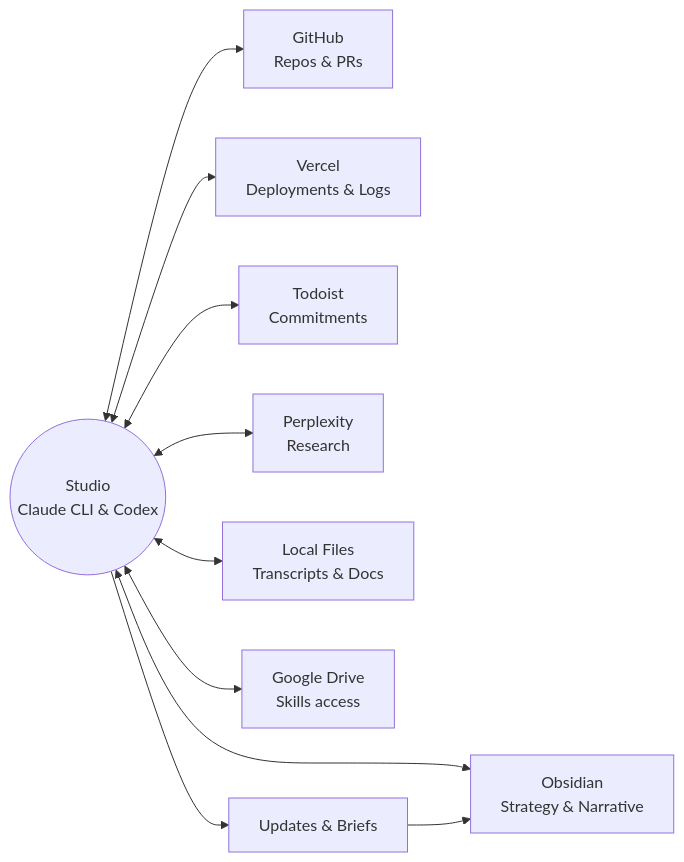
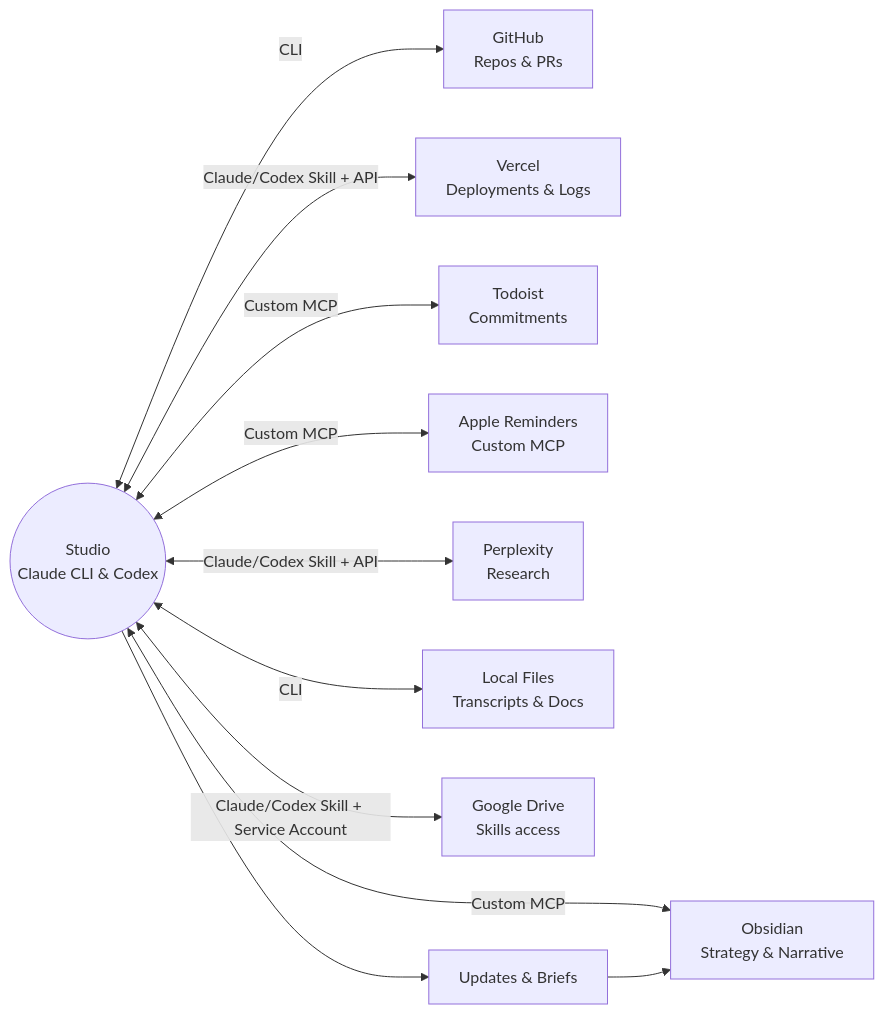
Before and after one commit to dbmcco/dbmcco.github.io: the diagram in _posts/2025-11-05-building-an-ai-studio.md, drawn with Mermaid. The commit also changed other lines of this file, not shown here.

Commit message:
Annotate studio diagram with connector types

```diff
--- a/_posts/2025-11-05-building-an-ai-studio.md
+++ b/_posts/2025-11-05-building-an-ai-studio.md
@@ -92,22 +92,24 @@
   <div class="mermaid">
 flowchart LR
     Studio((Studio<br/>Claude CLI &amp; Codex))
     Obsidian["Obsidian<br/>Strategy &amp; Narrative"]
     GitHub["GitHub<br/>Repos &amp; PRs"]
     Vercel["Vercel<br/>Deployments &amp; Logs"]
     Todoist["Todoist<br/>Commitments"]
+    Reminders["Apple Reminders<br/>Custom MCP"]
     Perplexity["Perplexity<br/>Research"]
     Local["Local Files<br/>Transcripts &amp; Docs"]
     Drive["Google Drive<br/>Skills access"]
     ReturnLoop["Updates &amp; Briefs"]
 
-    Studio <--> Obsidian
-    Studio <--> GitHub
-    Studio <--> Vercel
-    Studio <--> Todoist
-    Studio <--> Perplexity
-    Studio <--> Local
-    Studio <--> Drive
+    Studio <-->|Custom MCP| Obsidian
+    Studio <-->|CLI| GitHub
+    Studio <-->|Claude/Codex Skill + API| Vercel
+    Studio <-->|Custom MCP| Todoist
+    Studio <-->|Custom MCP| Reminders
+    Studio <-->|Claude/Codex Skill + API| Perplexity
+    Studio <-->|CLI| Local
+    Studio <-->|Claude/Codex Skill + Service Account| Drive
     Studio --> ReturnLoop
     ReturnLoop --> Obsidian
   </div>
```
